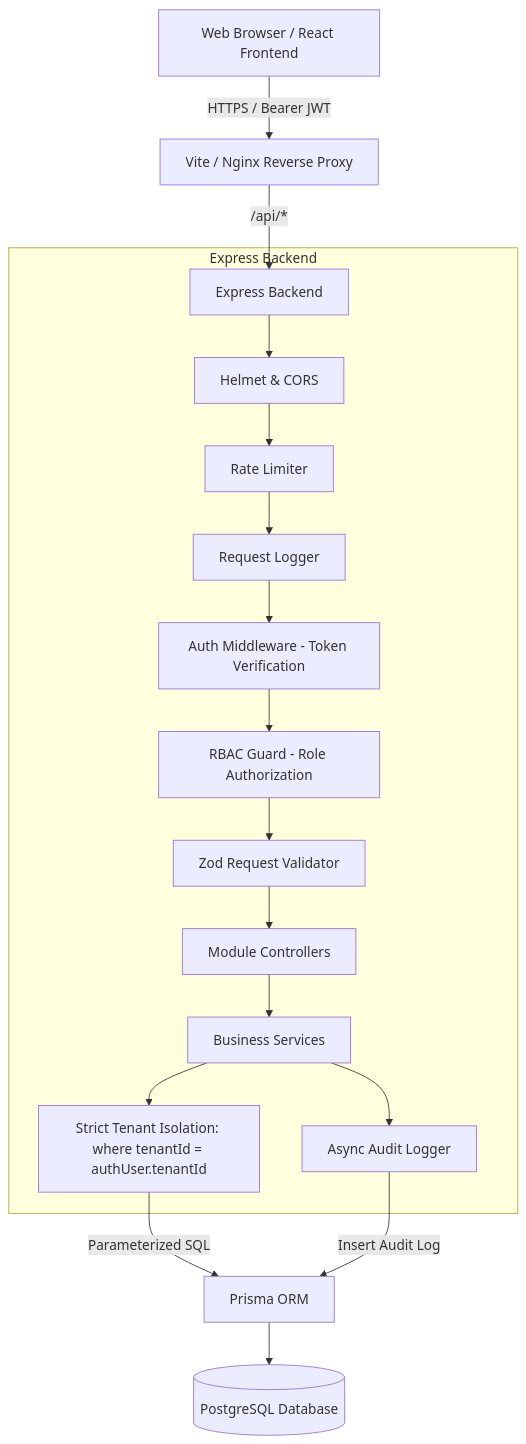
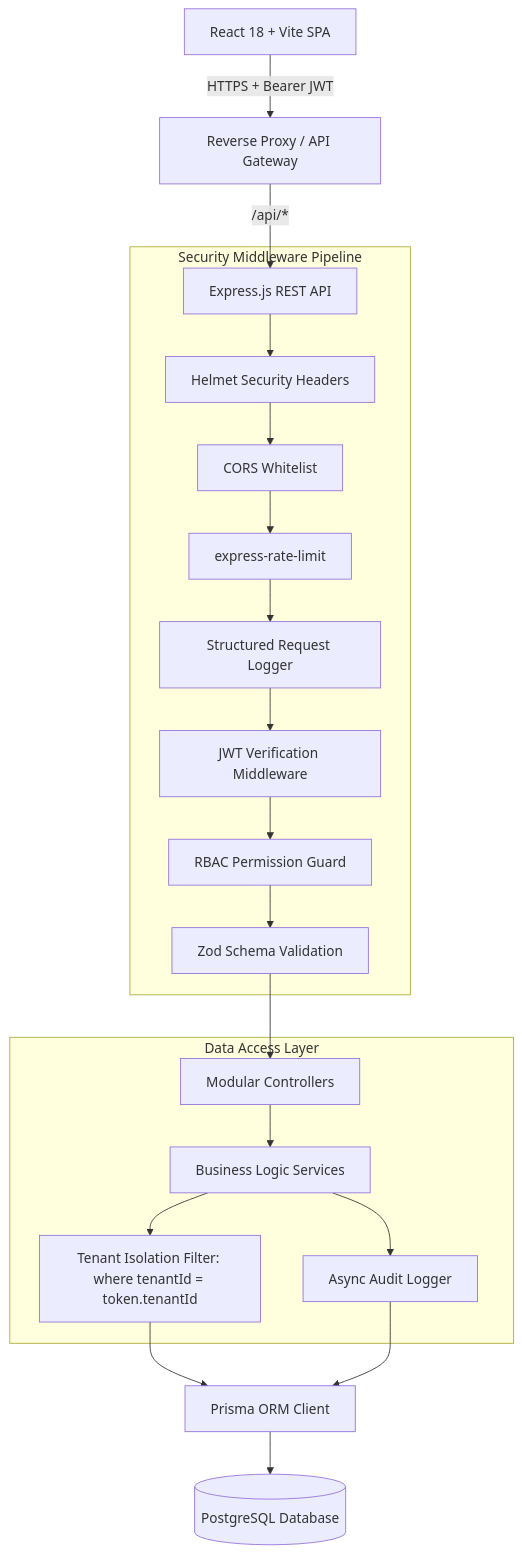
The first of 2 diagrams in README.md (GopalChinta/security-platform), drawn with Mermaid before and after one commit. The commit also changed other lines of this file and 14 other files, not shown here.

Commit message:
feat: responsive mobile drawer, reference-matched campaign donut chart, compact stat cards, single-row filter toolbars, and updated README

````diff
--- a/README.md
+++ b/README.md
@@ -76,24 +101,26 @@
 ```mermaid
 graph TD
-    Client[Web Browser / React Frontend] -->|HTTPS / Bearer JWT| Proxy[Vite / Nginx Reverse Proxy]
-    Proxy -->|/api/*| App[Express Backend]
+    Client[React 18 + Vite SPA] -->|HTTPS + Bearer JWT| Proxy[Reverse Proxy / API Gateway]
+    Proxy -->|/api/*| ExpressApp[Express.js REST API]
     
-    subgraph Express Backend
-        MW1[Helmet & CORS]
-        MW2[Rate Limiter]
-        MW3[Request Logger]
-        MW4[Auth Middleware - Token Verification]
-        MW5[RBAC Guard - Role Authorization]
-        MW6[Zod Request Validator]
-        App --> MW1 --> MW2 --> MW3 --> MW4 --> MW5 --> MW6
-        
-        MW6 --> Controllers[Module Controllers]
-        Controllers --> Services[Business Services]
-        Services --> TenantGuard[Strict Tenant Isolation: where tenantId = authUser.tenantId]
-        Services --> AuditLogger[Async Audit Logger]
+    subgraph Security Middleware Pipeline
+        ExpressApp --> Helmet[Helmet Security Headers]
+        Helmet --> CORS[CORS Whitelist]
+        CORS --> RateLimit[express-rate-limit]
+        RateLimit --> Logger[Structured Request Logger]
+        Logger --> AuthGuard[JWT Verification Middleware]
+        AuthGuard --> RBACGuard[RBAC Permission Guard]
+        RBACGuard --> ZodValidate[Zod Schema Validation]
     end
-
-    TenantGuard -->|Parameterized SQL| Prisma[Prisma ORM]
-    AuditLogger -->|Insert Audit Log| Prisma
+    
+    subgraph Data Access Layer
+        ZodValidate --> Controllers[Modular Controllers]
+        Controllers --> Services[Business Logic Services]
+        Services --> TenantIsolation[Tenant Isolation Filter: where tenantId = token.tenantId]
+        Services --> AuditService[Async Audit Logger]
+    end
+    
+    TenantIsolation --> Prisma[Prisma ORM Client]
+    AuditService --> Prisma
     Prisma --> DB[(PostgreSQL Database)]
 ```
````
